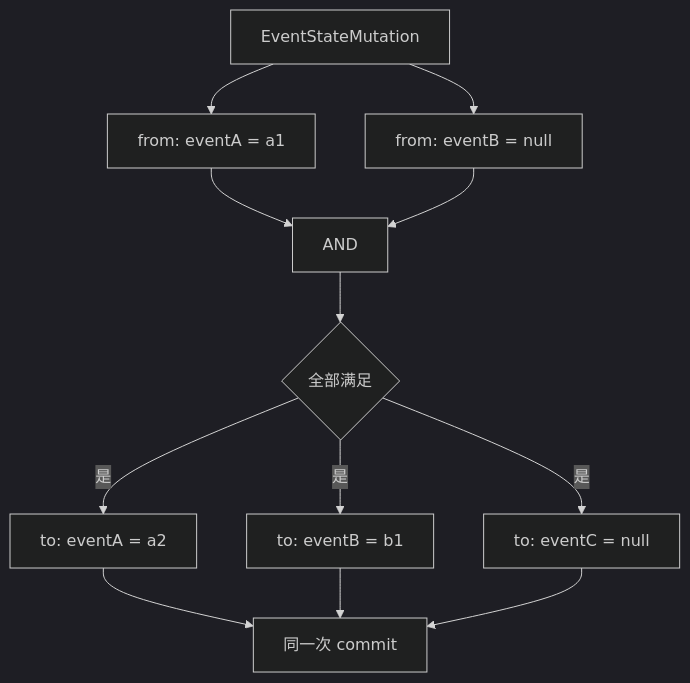
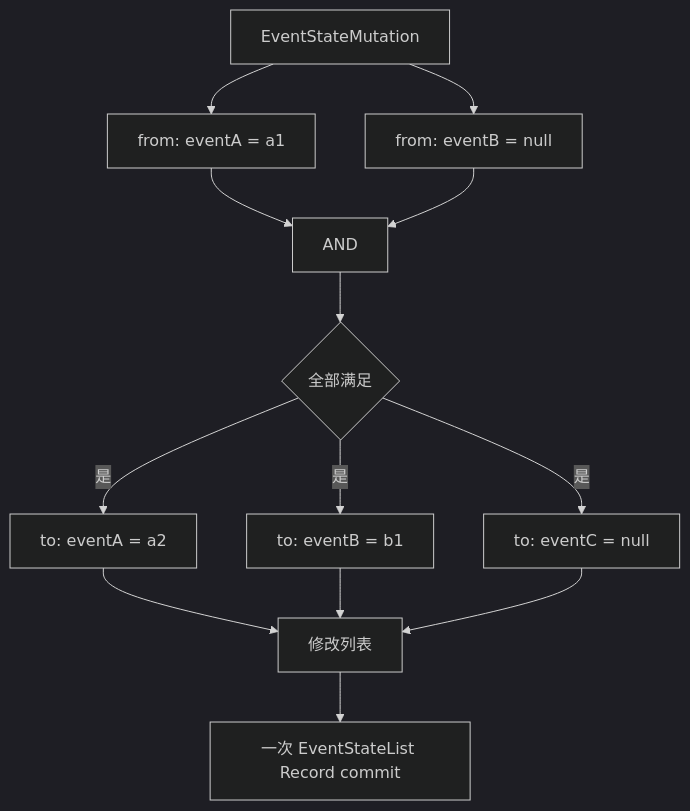
The fourth of 7 diagrams in examples/PokeMan/doc/65-data-model-diagram.md (lithdoo/loom-realm), drawn with Mermaid (dark theme) before and after one commit. The commit also changed other lines of this file, not shown here.

Commit message:
docs(PokeMan): update canonical data model diagrams

````diff
--- a/examples/PokeMan/doc/65-data-model-diagram.md
+++ b/examples/PokeMan/doc/65-data-model-diagram.md
@@ -345,15 +351,16 @@
 ```mermaid
 flowchart TB
     M[EventStateMutation]
     M --> F1[from: eventA = a1]
     M --> F2[from: eventB = null]
     F1 --> AND[AND]
     F2 --> AND
     AND --> OK{全部满足}
     OK -->|是| T1[to: eventA = a2]
     OK -->|是| T2[to: eventB = b1]
     OK -->|是| T3[to: eventC = null]
-    T1 --> ATOMIC[同一次 commit]
-    T2 --> ATOMIC
-    T3 --> ATOMIC
+    T1 --> BUILD[修改列表]
+    T2 --> BUILD
+    T3 --> BUILD
+    BUILD --> ATOMIC[一次 EventStateList Record commit]
 ```
````
